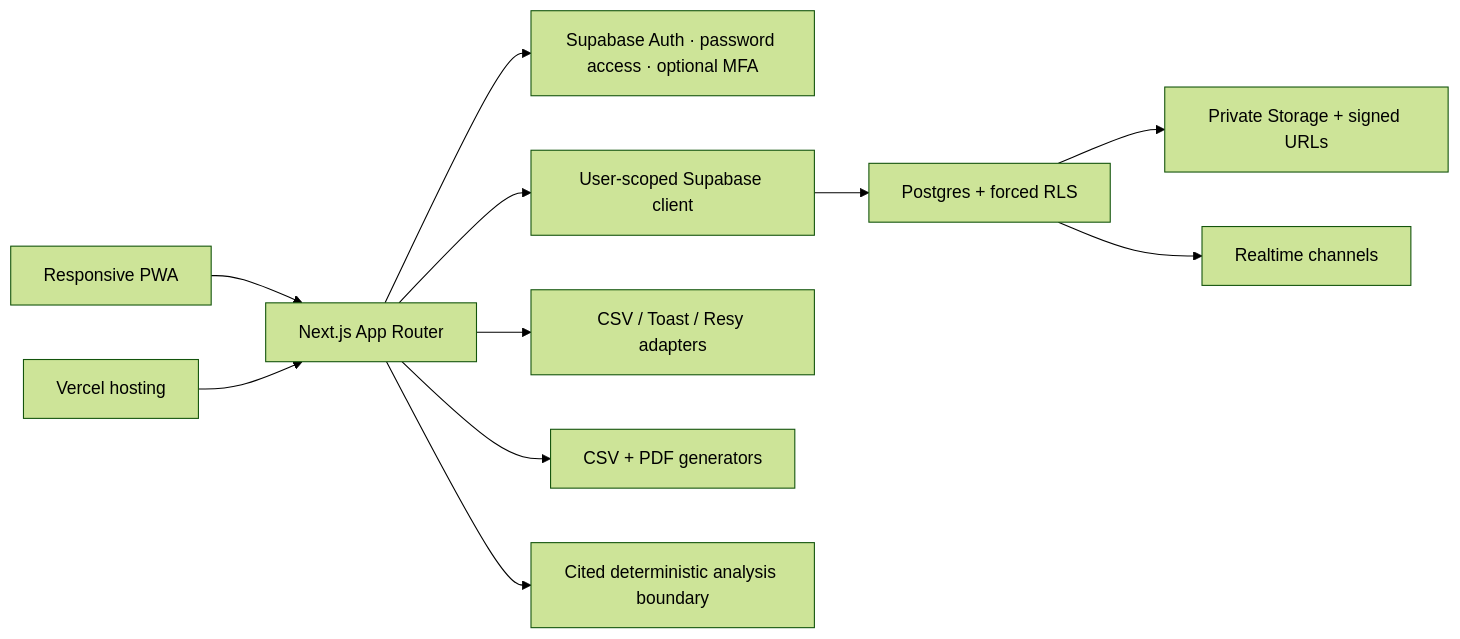
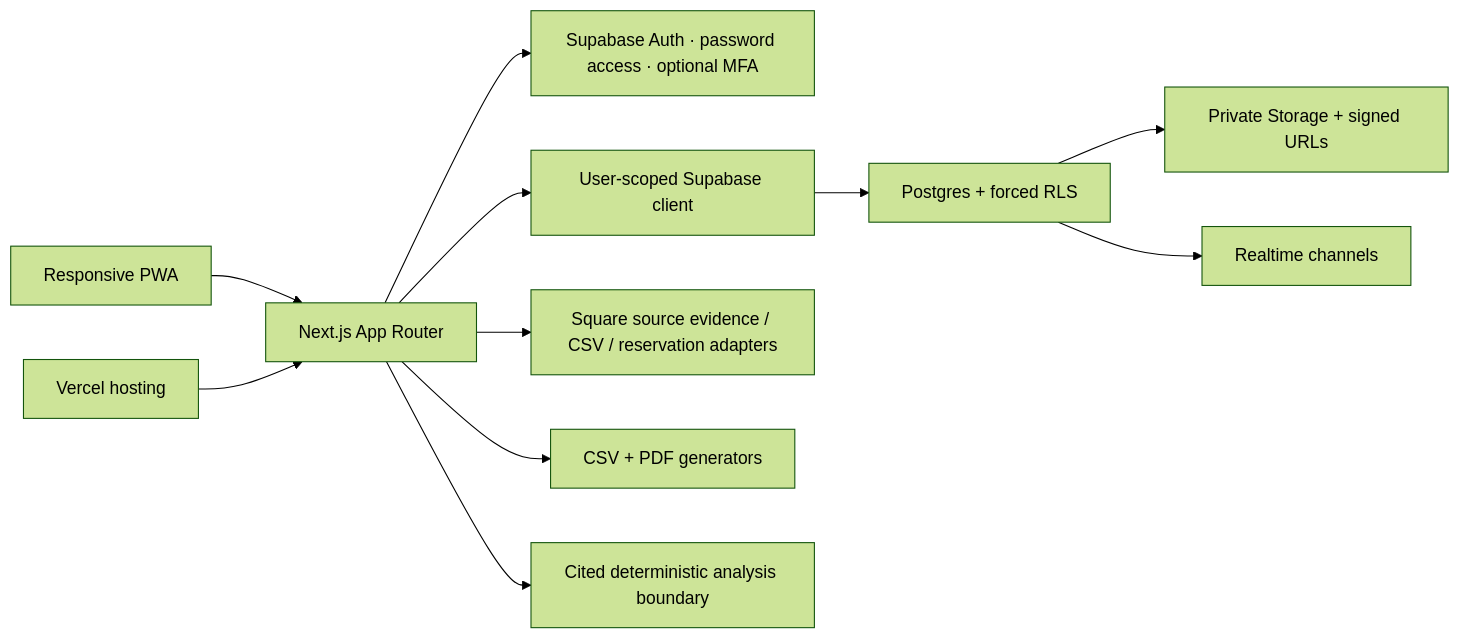
One commit to donaldlena833-cyber/le-yard-os changed the diagram in README.md. Above: the diagram before and after it, drawn with Mermaid (forest theme). The commit also changed other lines of this file and 185 other files, not shown here.

Commit message:
Publish operational readiness fixes and Square source preparation

````diff
--- a/README.md
+++ b/README.md
@@ -55,13 +59,13 @@
 ```mermaid
 flowchart LR
   Browser["Responsive PWA"] --> Next["Next.js App Router"]
   Next --> Auth["Supabase Auth · password access · optional MFA"]
   Next --> Data["User-scoped Supabase client"]
   Data --> RLS["Postgres + forced RLS"]
   RLS --> Storage["Private Storage + signed URLs"]
   RLS --> Realtime["Realtime channels"]
-  Next --> Adapters["CSV / Toast / Resy adapters"]
+  Next --> Adapters["Square source evidence / CSV / reservation adapters"]
   Next --> Exports["CSV + PDF generators"]
   Next --> Guarded["Cited deterministic analysis boundary"]
   Vercel["Vercel hosting"] --> Next
 ```
````
